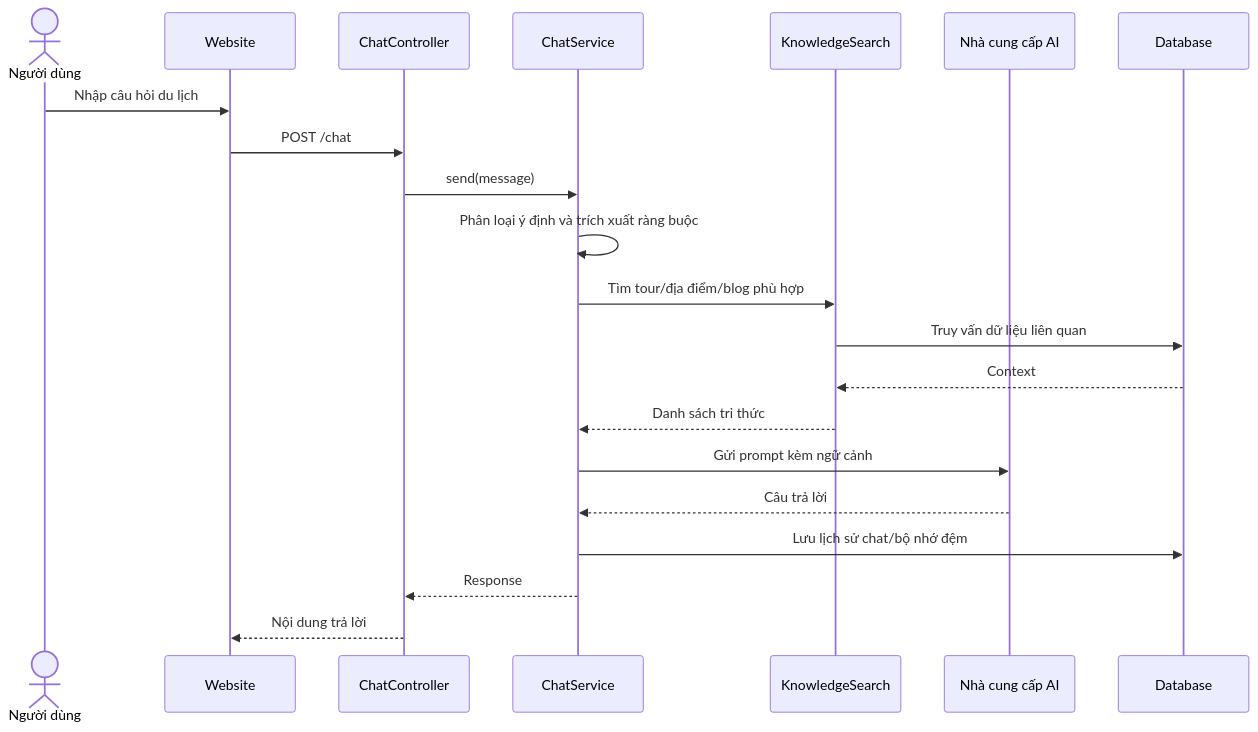
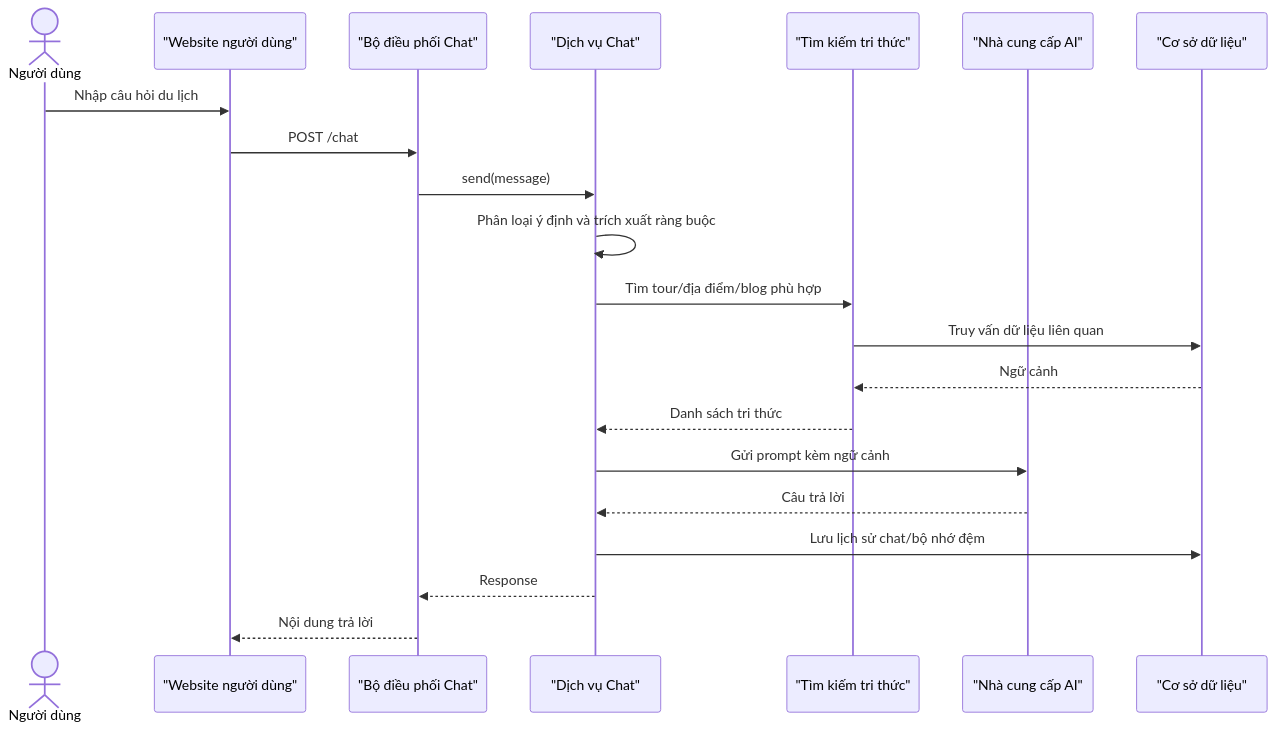
The sixth of 9 diagrams in bao-cao-do-an-danangtrip-md/03_chuong_2_phan_tich_thiet_ke_he_thong.md (TayDuyNguyen/DATN_Document), drawn with Mermaid before and after one commit. The commit also changed other lines of this file and 5 other files, not shown here.

````diff
--- a/bao-cao-do-an-danangtrip-md/03_chuong_2_phan_tich_thiet_ke_he_thong.md
+++ b/bao-cao-do-an-danangtrip-md/03_chuong_2_phan_tich_thiet_ke_he_thong.md
@@ -376,24 +403,24 @@
 ```mermaid
 sequenceDiagram
     actor U as Người dùng
-    participant W as Website
-    participant API as ChatController
-    participant S as ChatService
-    participant K as KnowledgeSearch
-    participant AI as Nhà cung cấp AI
-    participant DB as Database
+    participant W as "Website người dùng"
+    participant API as "Bộ điều phối Chat"
+    participant S as "Dịch vụ Chat"
+    participant K as "Tìm kiếm tri thức"
+    participant AI as "Nhà cung cấp AI"
+    participant DB as "Cơ sở dữ liệu"
 
     U->>W: Nhập câu hỏi du lịch
     W->>API: POST /chat
     API->>S: send(message)
     S->>S: Phân loại ý định và trích xuất ràng buộc
     S->>K: Tìm tour/địa điểm/blog phù hợp
     K->>DB: Truy vấn dữ liệu liên quan
-    DB-->>K: Context
+    DB-->>K: Ngữ cảnh
     K-->>S: Danh sách tri thức
     S->>AI: Gửi prompt kèm ngữ cảnh
     AI-->>S: Câu trả lời
     S->>DB: Lưu lịch sử chat/bộ nhớ đệm
     S-->>API: Response
     API-->>W: Nội dung trả lời
 ```
````
